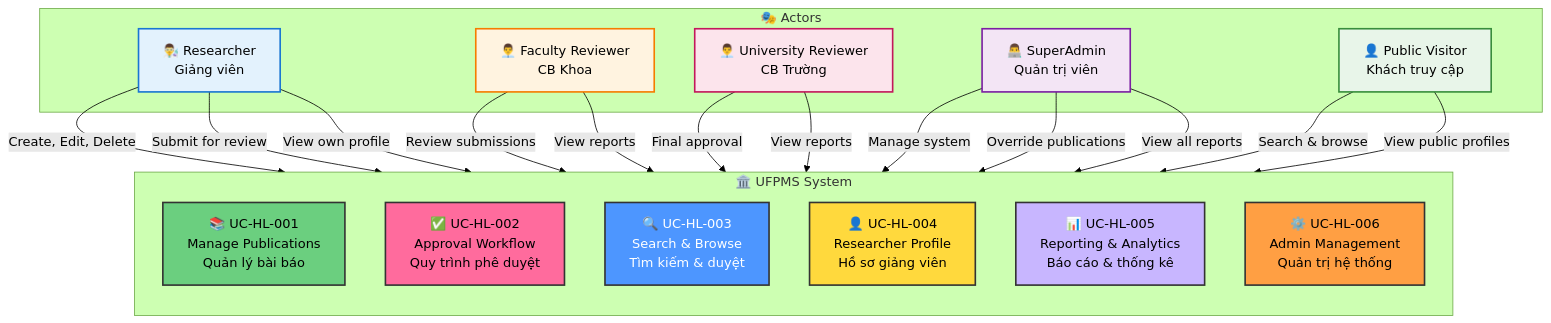
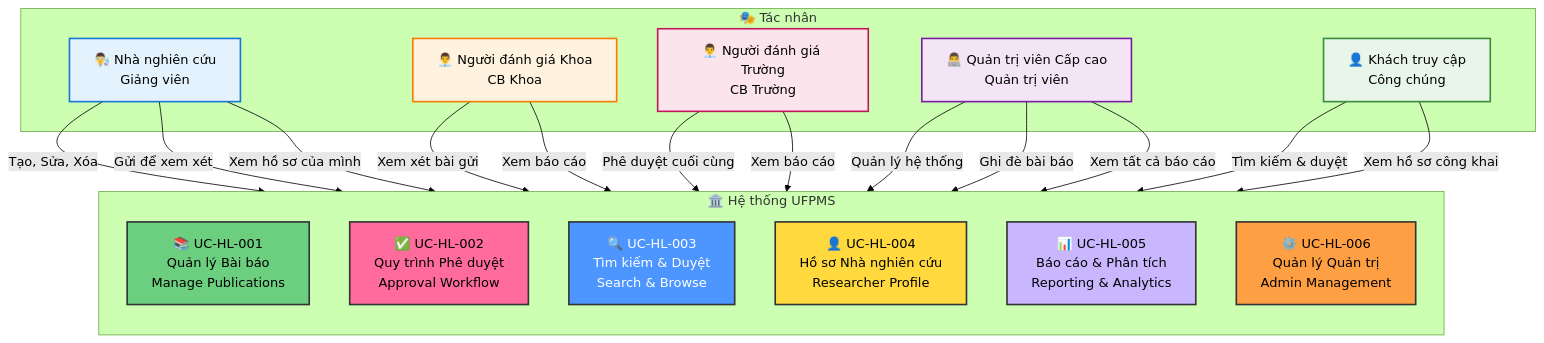
One commit to Ng0cTh4nhk5/ufpms-docs changed the diagram in docs/06_Diagrams/UseCase/overall_system.md. Above: the diagram before and after it, drawn with Mermaid (forest theme). The commit also changed other lines of this file and 70 other files, not shown here.

````diff
--- a/docs/06_Diagrams/UseCase/overall_system.md
+++ b/docs/06_Diagrams/UseCase/overall_system.md
@@ -21,57 +21,57 @@
 ```mermaid
 graph TB
-    subgraph Actors["🎭 Actors"]
-        RES[👨‍🔬 Researcher<br/>Giảng viên]
-        FCR[👨‍💼 Faculty Reviewer<br/>CB Khoa]
-        UNR[👨‍💼 University Reviewer<br/>CB Trường]
-        ADM[👨‍💻 SuperAdmin<br/>Quản trị viên]
-        VIW[👤 Public Visitor<br/>Khách truy cập]
+    subgraph Actors["🎭 Tác nhân"]
+        RES[👨‍🔬 Nhà nghiên cứu<br/>Giảng viên]
+        FCR[👨‍💼 Người đánh giá Khoa<br/>CB Khoa]
+        UNR[👨‍💼 Người đánh giá Trường<br/>CB Trường]
+        ADM[👨‍💻 Quản trị viên Cấp cao<br/>Quản trị viên]
+        VIW[👤 Khách truy cập<br/>Công chúng]
     end
     
-    subgraph UFPMS["🏛️ UFPMS System"]
+    subgraph UFPMS["🏛️ Hệ thống UFPMS"]
         direction TB
         
-        UC1[📚 UC-HL-001<br/>Manage Publications<br/>Quản lý bài báo]
-        UC2[✅ UC-HL-002<br/>Approval Workflow<br/>Quy trình phê duyệt]
-        UC3[🔍 UC-HL-003<br/>Search & Browse<br/>Tìm kiếm & duyệt]
-        UC4[👤 UC-HL-004<br/>Researcher Profile<br/>Hồ sơ giảng viên]
-        UC5[📊 UC-HL-005<br/>Reporting & Analytics<br/>Báo cáo & thống kê]
-        UC6[⚙️ UC-HL-006<br/>Admin Management<br/>Quản trị hệ thống]
+        UC1[📚 UC-HL-001<br/>Quản lý Bài báo<br/>Manage Publications]
+        UC2[✅ UC-HL-002<br/>Quy trình Phê duyệt<br/>Approval Workflow]
+        UC3[🔍 UC-HL-003<br/>Tìm kiếm & Duyệt<br/>Search & Browse]
+        UC4[👤 UC-HL-004<br/>Hồ sơ Nhà nghiên cứu<br/>Researcher Profile]
+        UC5[📊 UC-HL-005<br/>Báo cáo & Phân tích<br/>Reporting & Analytics]
+        UC6[⚙️ UC-HL-006<br/>Quản lý Quản trị<br/>Admin Management]
     end
     
     %% Researcher connections
-    RES -->|Create, Edit, Delete| UC1
-    RES -->|Submit for review| UC2
-    RES -->|View own profile| UC4
+    RES -->|Tạo, Sửa, Xóa| UC1
+    RES -->|Gửi để xem xét| UC2
+    RES -->|Xem hồ sơ của mình| UC4
     
     %% Faculty Reviewer connections
-    FCR -->|Review submissions| UC2
-    FCR -->|View reports| UC5
+    FCR -->|Xem xét bài gửi| UC2
+    FCR -->|Xem báo cáo| UC5
     
     %% University Reviewer connections
-    UNR -->|Final approval| UC2
-    UNR -->|View reports| UC5
+    UNR -->|Phê duyệt cuối cùng| UC2
+    UNR -->|Xem báo cáo| UC5
     
     %% SuperAdmin connections
-    ADM -->|Manage system| UC6
-    ADM -->|Override publications| UC1
-    ADM -->|View all reports| UC5
+    ADM -->|Quản lý hệ thống| UC6
+    ADM -->|Ghi đè bài báo| UC1
+    ADM -->|Xem tất cả báo cáo| UC5
     
     %% Public Visitor connections
-    VIW -->|Search & browse| UC3
-    VIW -->|View public profiles| UC4
+    VIW -->|Tìm kiếm & duyệt| UC3
+    VIW -->|Xem hồ sơ công khai| UC4
     
     %% Styling
     style UC1 fill:#6bcf7f,stroke:#333,stroke-width:2px,color:#000
     style UC2 fill:#ff6b9d,stroke:#333,stroke-width:2px,color:#000
     style UC3 fill:#4d96ff,stroke:#333,stroke-width:2px,color:#fff
     style UC4 fill:#ffd93d,stroke:#333,stroke-width:2px,color:#000
     style UC5 fill:#c8b6ff,stroke:#333,stroke-width:2px,color:#000
     style UC6 fill:#ff9f43,stroke:#333,stroke-width:2px,color:#000
     
     style RES fill:#e3f2fd,stroke:#1976d2,stroke-width:2px
     style FCR fill:#fff3e0,stroke:#f57c00,stroke-width:2px
     style UNR fill:#fce4ec,stroke:#c2185b,stroke-width:2px
     style ADM fill:#f3e5f5,stroke:#7b1fa2,stroke-width:2px
     style VIW fill:#e8f5e9,stroke:#388e3c,stroke-width:2px
 ```
````
